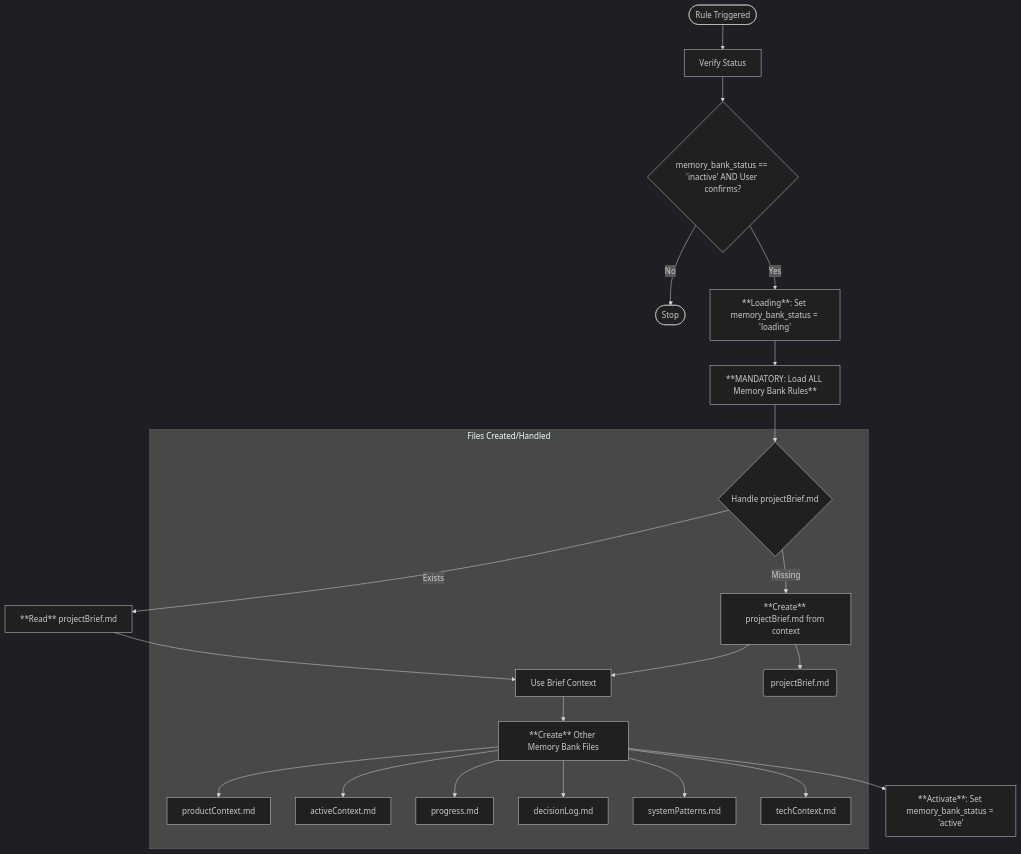
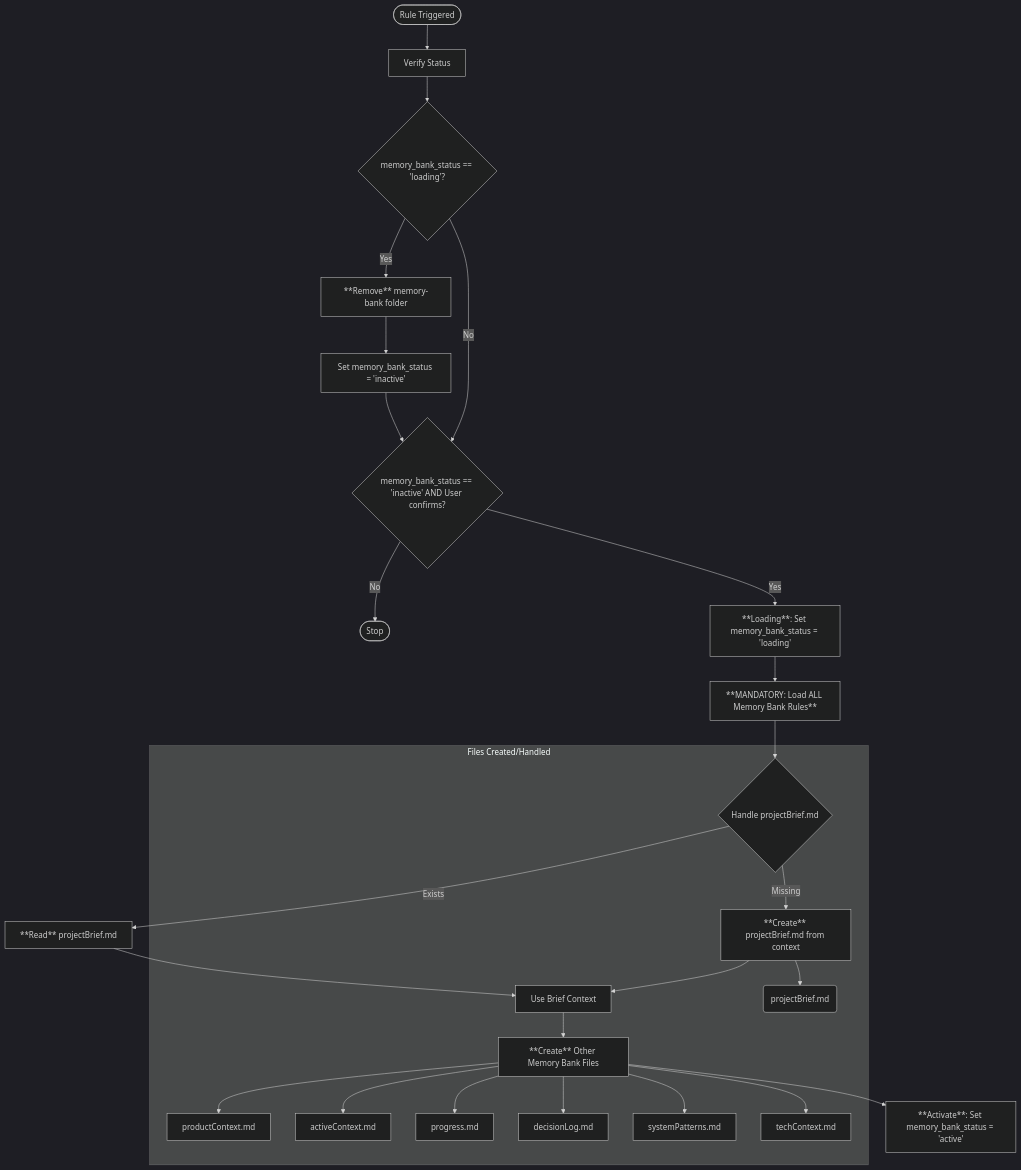
Before and after one commit to kvokka/getting-started: the diagram in .cursor/rules/agent/memory-bank/init.mdc, drawn with Mermaid (dark theme). The commit also changed other lines of this file, not shown here.

Commit message:
feat(memory-bank): handle loading status on init
Adds logic to handle 'loading' status for memory bank initialization.

- When the memory_bank_status is 'loading', the memory-bank folder is removed, and the status is set to 'inactive'.
- This ensures a clean slate if the previous loading process was interrupted.

````diff
--- a/.cursor/rules/agent/memory-bank/init.mdc
+++ b/.cursor/rules/agent/memory-bank/init.mdc
@@ -14,30 +14,35 @@
 ```mermaid
 flowchart TD
     Start([Rule Triggered]) --> VerifyStatus[Verify Status]
-    VerifyStatus --> Confirm{memory_bank_status == 'inactive' AND User confirms?}
+    VerifyStatus --> CheckLoading{memory_bank_status == 'loading'?}
+    CheckLoading -->|Yes| RemoveFolder[**Remove** memory-bank folder]
+    RemoveFolder --> SetInactive[Set memory_bank_status = 'inactive']
+    SetInactive --> Confirm
+
+    CheckLoading -->|No| Confirm{memory_bank_status == 'inactive' AND User confirms?}
     Confirm -->|No| End([Stop])
 
     Confirm -->|Yes| Loading[**Loading**: Set memory_bank_status = 'loading']
     Loading --> LoadRules[**MANDATORY: Load ALL Memory Bank Rules**]
     LoadRules --> HandleBrief{Handle projectBrief.md}
     HandleBrief -- Exists --> ReadBrief[**Read** projectBrief.md]
     HandleBrief -- Missing --> CreateBrief[**Create** projectBrief.md from context]
 
     ReadBrief --> UseBriefContext[Use Brief Context]
     CreateBrief --> UseBriefContext
 
     UseBriefContext --> CreateFiles[**Create** Other Memory Bank Files]
     CreateFiles --> Activate[**Activate**: Set memory_bank_status = 'active']
 
     subgraph "Files Created/Handled"
         HandleBrief
         CreateBrief --> FileBrief(projectBrief.md)
         UseBriefContext
         CreateFiles --> ProductContext[productContext.md]
         CreateFiles --> ActiveContext[activeContext.md]
         CreateFiles --> Progress[progress.md]
         CreateFiles --> DecisionLog[decisionLog.md]
         CreateFiles --> SystemPatterns[systemPatterns.md]
         CreateFiles --> TechContext[techContext.md]
     end
 ```
````
